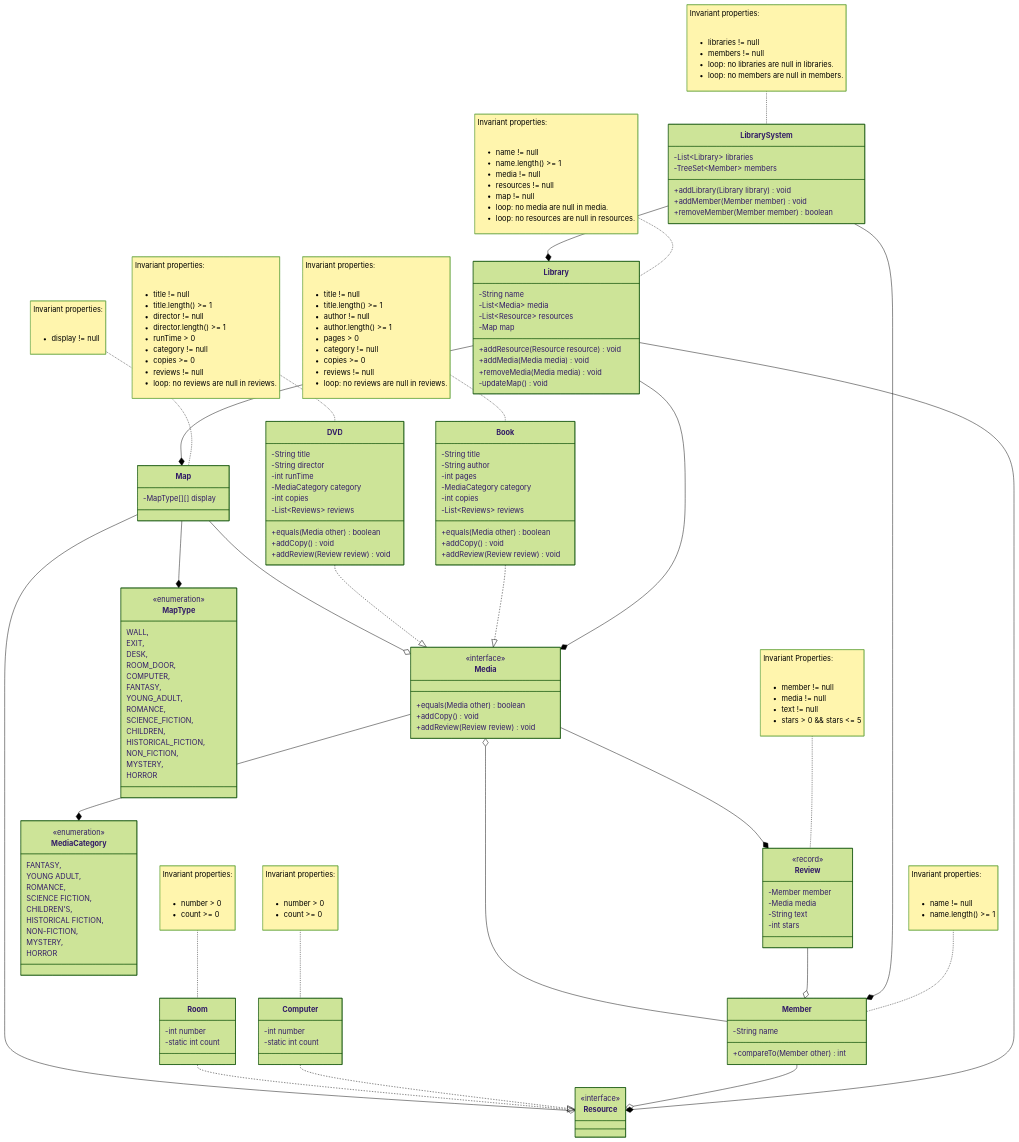
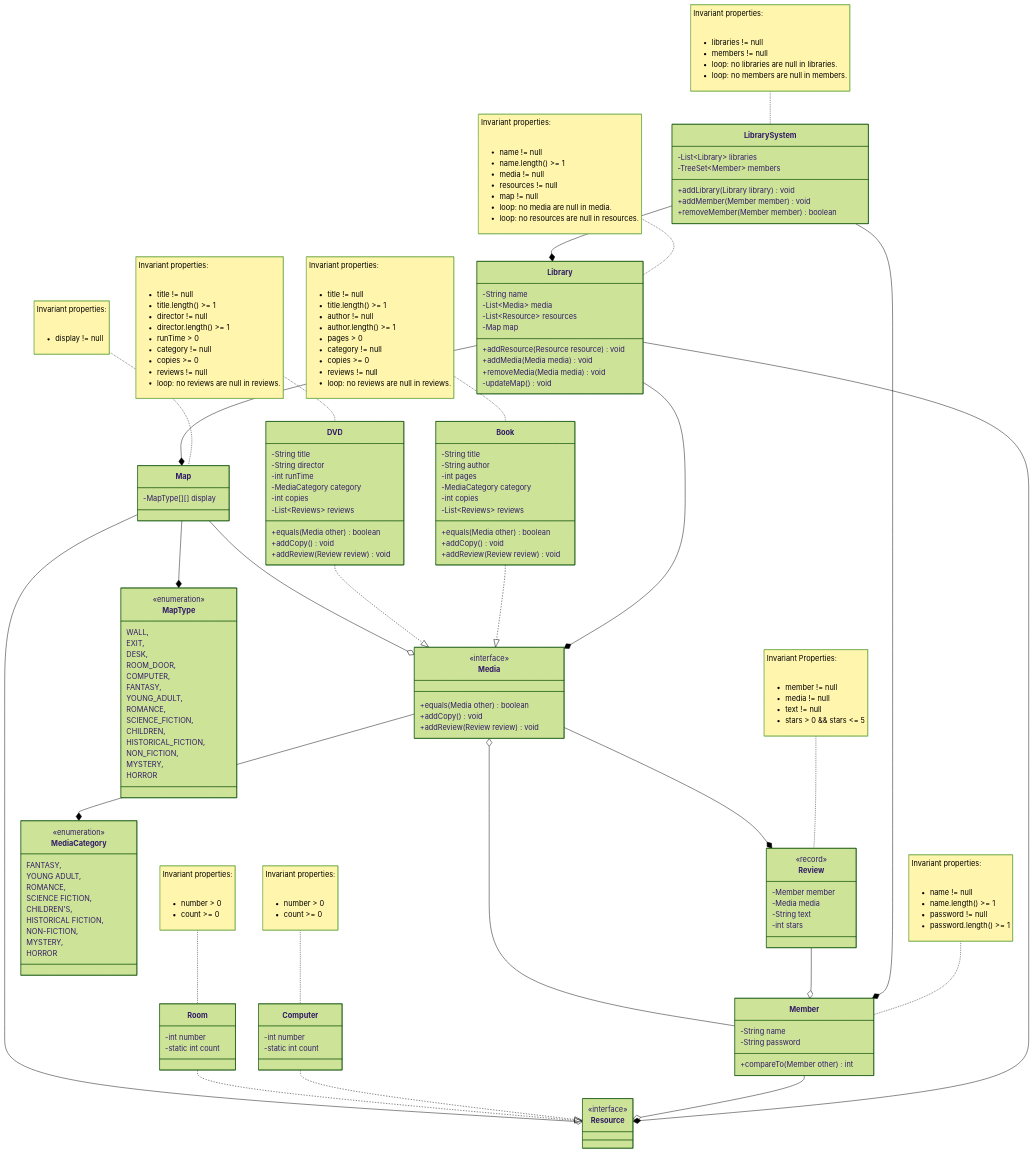
The sixth of 6 diagrams in README.md (samanthaegilson/LibrarySystem), drawn with Mermaid (forest theme) before and after one commit. The commit also changed other lines of this file and 21 other files, not shown here.

```diff
--- a/README.md
+++ b/README.md
@@ -88,6 +225,7 @@
     class Member {
         %% Text for the name of the member
         -String name
+        -String password
 
         +compareTo(Member other) int
     }
@@ -98,6 +236,8 @@
     <ul>
         <li>name != null
         <li>name.length() >= 1
+        <li>password != null
+        <li>password.length() >= 1
     </ul>"
     
     class Media {
```
